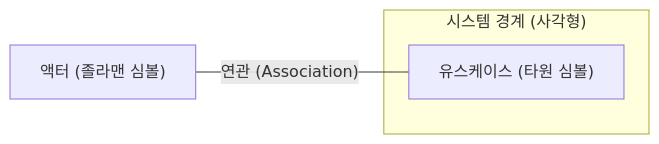
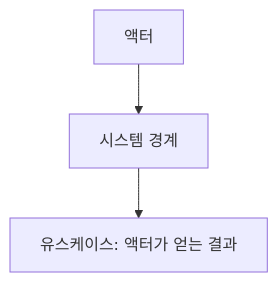
The first of 3 diagrams in src/content/docs/notes/itpe/02-software-engineering/026_use_case_diagram.md (agnusdei1207/study), drawn with Mermaid before and after one commit. The commit also changed other lines of this file, not shown here.

````diff
--- a/src/content/docs/notes/itpe/02-software-engineering/026_use_case_diagram.md
+++ b/src/content/docs/notes/itpe/02-software-engineering/026_use_case_diagram.md
@@ -85,7 +86,5 @@
 ```mermaid
-flowchart LR
-    subgraph SB["시스템 경계 (사각형)"]
-        U["유스케이스 (타원 심볼)"]
-    end
-    A["액터 (졸라맨 심볼)"] ---|"연관 (Association)"| U
+flowchart TD
+    A["액터"] --> B["시스템 경계"]
+    B --> U["유스케이스: 액터가 얻는 결과"]
 ```
````
